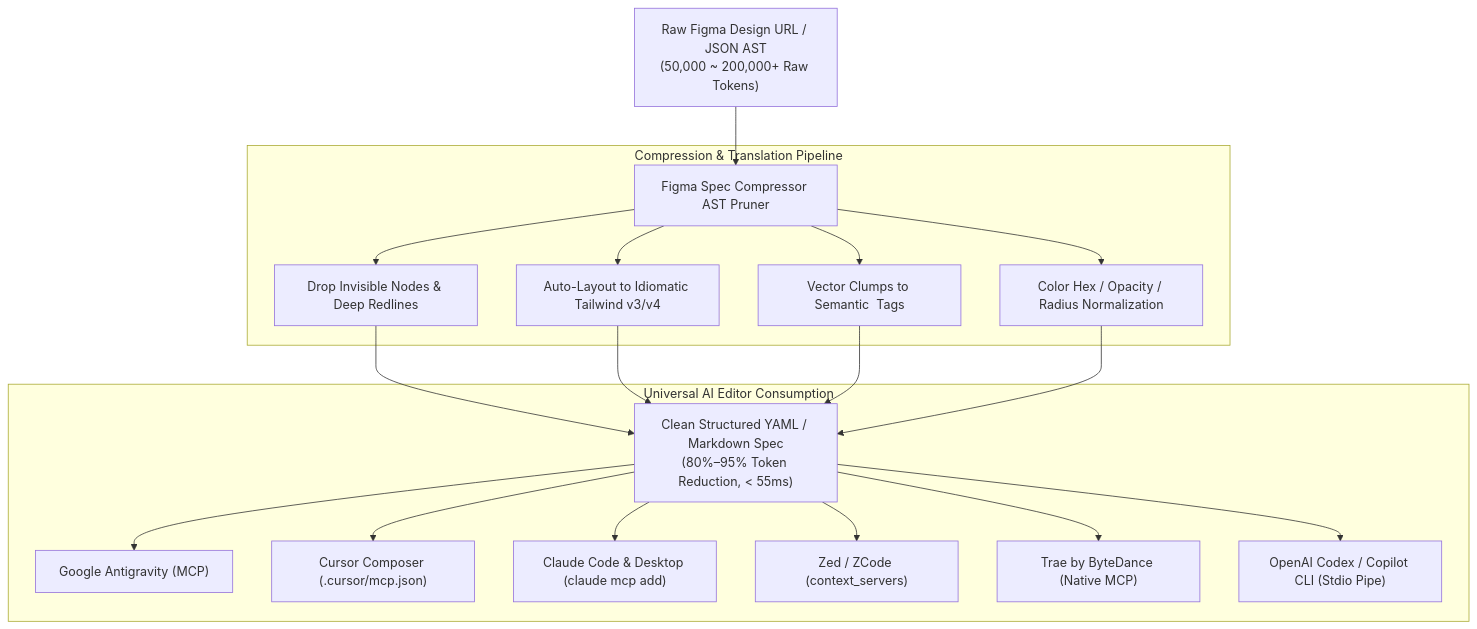
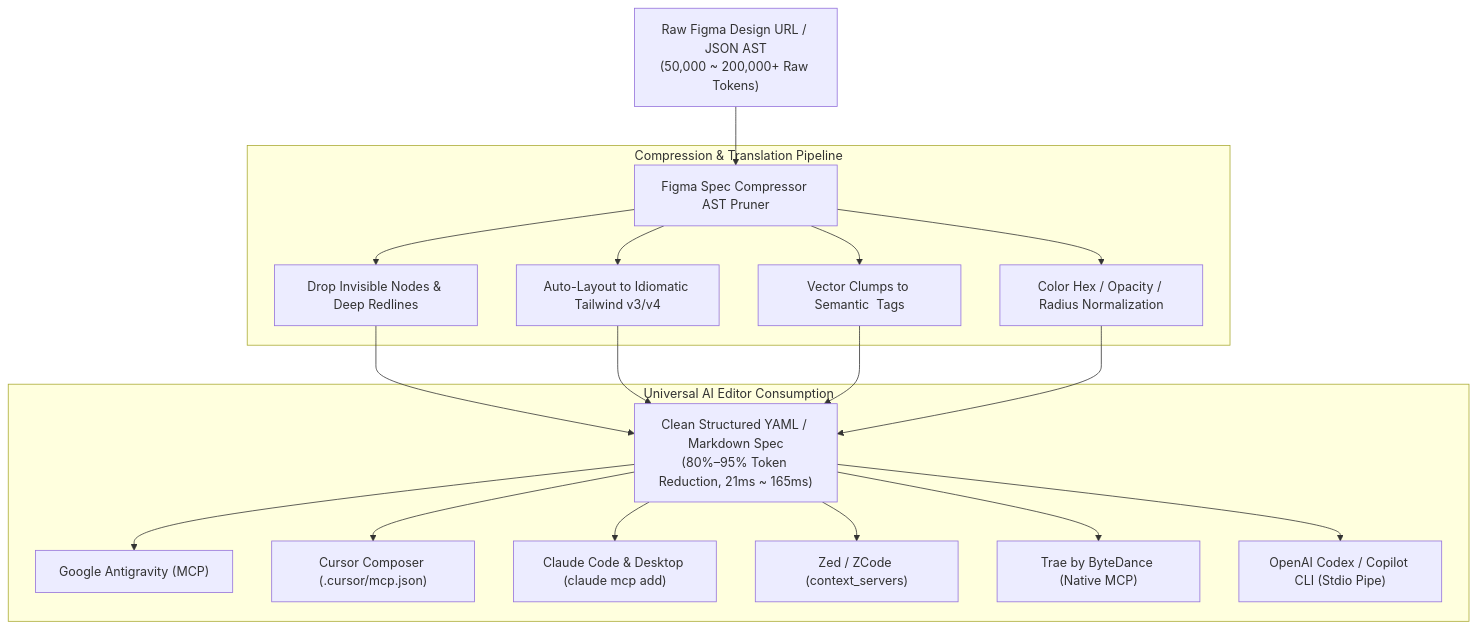
Before and after one commit to leethoneid/figma-spec-compressor: the diagram in README.md, drawn with Mermaid. The commit also changed other lines of this file and 4 other files, not shown here.

````diff
--- a/README.md
+++ b/README.md
@@ -14,22 +14,22 @@
 ```mermaid
 flowchart TD
     A["Raw Figma Design URL / JSON AST<br/>(50,000 ~ 200,000+ Raw Tokens)"] --> B["Figma Spec Compressor AST Pruner"]
     
     subgraph "Compression & Translation Pipeline"
         B --> C1["Drop Invisible Nodes & Deep Redlines"]
         B --> C2["Auto-Layout to Idiomatic Tailwind v3/v4"]
         B --> C3["Vector Clumps to Semantic <icon> Tags"]
         B --> C4["Color Hex / Opacity / Radius Normalization"]
     end
 
-    C1 & C2 & C3 & C4 --> D["Clean Structured YAML / Markdown Spec<br/>(80%–95% Token Reduction, < 55ms)"]
+    C1 & C2 & C3 & C4 --> D["Clean Structured YAML / Markdown Spec<br/>(80%–95% Token Reduction, 21ms ~ 165ms)"]
 
     subgraph "Universal AI Editor Consumption"
         D --> E1["Google Antigravity (MCP)"]
         D --> E2["Cursor Composer (.cursor/mcp.json)"]
         D --> E3["Claude Code & Desktop (claude mcp add)"]
         D --> E4["Zed / ZCode (context_servers)"]
         D --> E5["Trae by ByteDance (Native MCP)"]
         D --> E6["OpenAI Codex / Copilot CLI (Stdio Pipe)"]
     end
 ```
````
